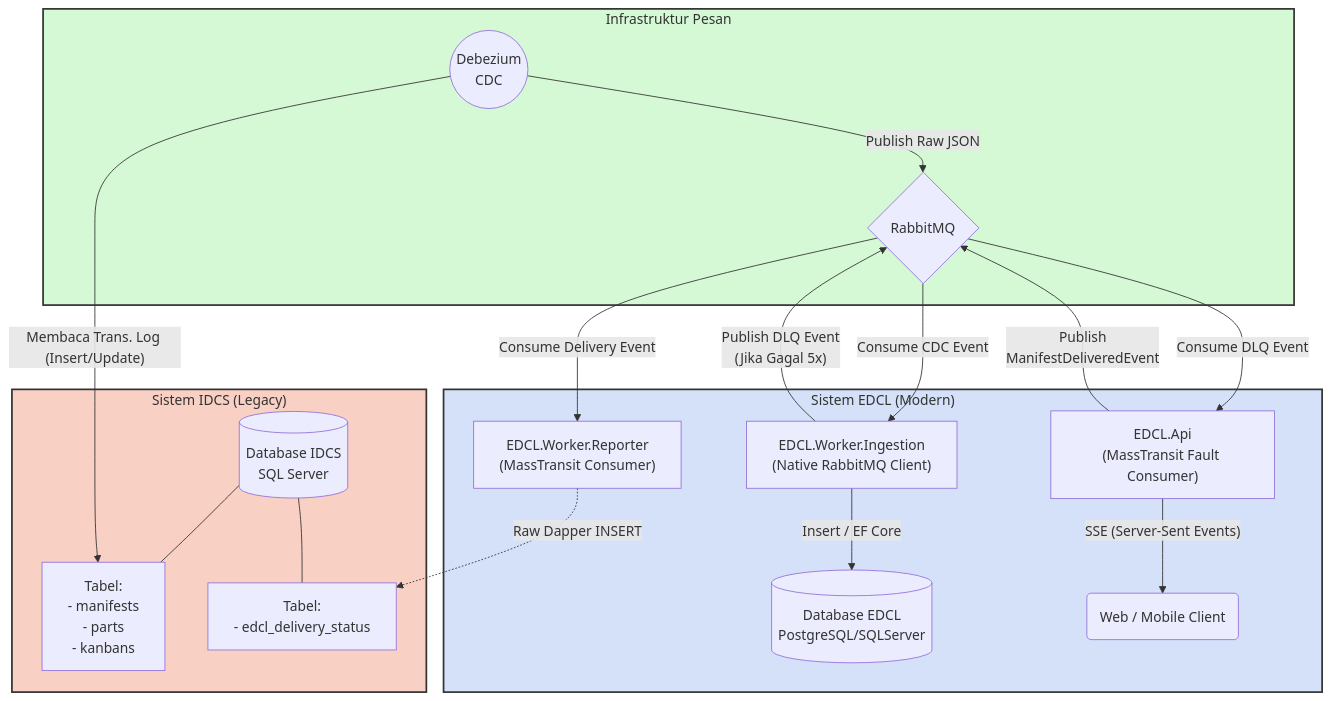
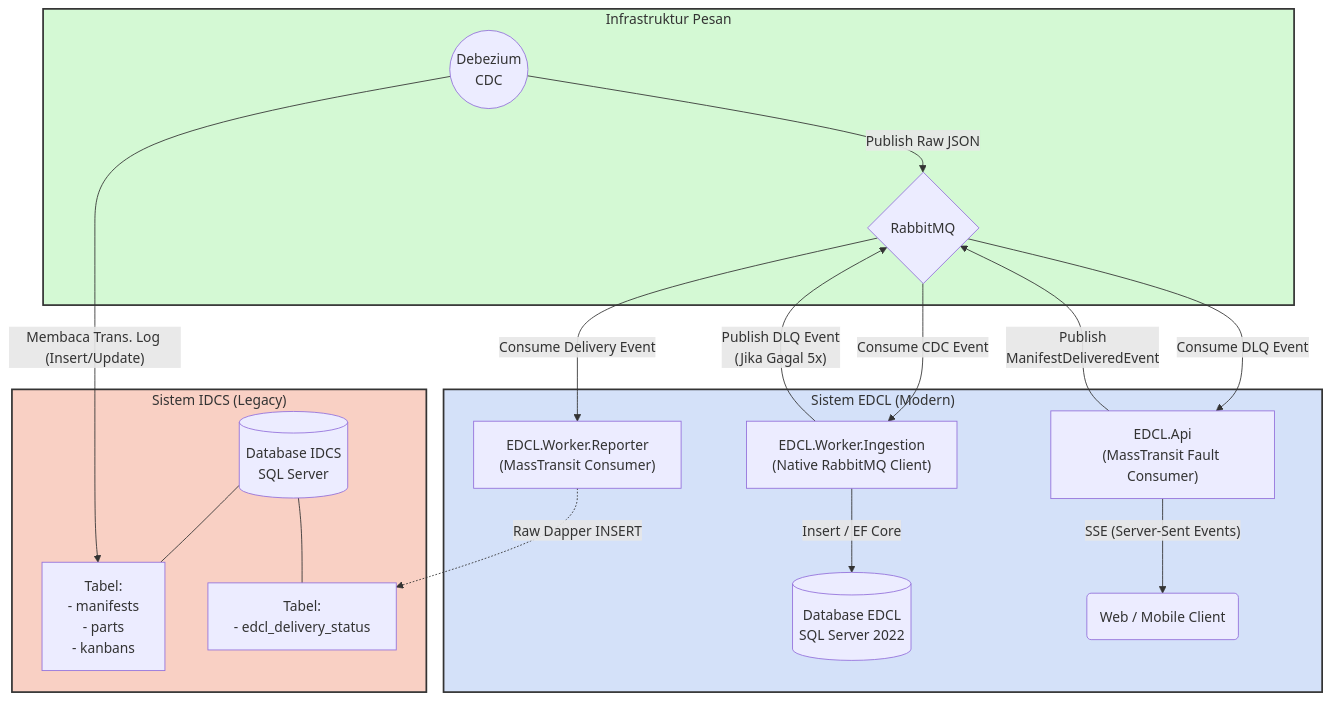
One commit to odealidj/minione-edcl-net changed the diagram in docs/architecture/idcs-edcl-integration.md. Above: the diagram before and after it, drawn with Mermaid. The commit also changed other lines of this file and 2 other files, not shown here.

Commit message:
docs: update architecture, port allocations, IDCS integration topology, and make commands reference

````diff
--- a/docs/architecture/idcs-edcl-integration.md
+++ b/docs/architecture/idcs-edcl-integration.md
@@ -11,61 +11,61 @@
 ```mermaid
 flowchart TD
     %% Define Styles
     classDef idcsSystem fill:#f9d0c4,stroke:#333,stroke-width:2px;
     classDef edclSystem fill:#d4e1f9,stroke:#333,stroke-width:2px;
     classDef broker fill:#d4f9d4,stroke:#333,stroke-width:2px;
 
     %% --------------------------------
     %% 1. IDCS BOUNDARY
     %% --------------------------------
     subgraph IDCS ["Sistem IDCS (Legacy)"]
         idcs_db[("Database IDCS\nSQL Server")]
         tbl_manifest["Tabel:\n- manifests\n- parts\n- kanbans"]
         tbl_delivery["Tabel:\n- edcl_delivery_status"]
         
         idcs_db --- tbl_manifest
         idcs_db --- tbl_delivery
     end
     class IDCS idcsSystem;
 
     %% --------------------------------
     %% 2. MESSAGE BROKER BOUNDARY
     %% --------------------------------
     subgraph Middleware ["Infrastruktur Pesan"]
         debezium(("Debezium\nCDC"))
         rabbitmq{"RabbitMQ"}
         
         debezium -- Membaca Trans. Log (Insert/Update) --> tbl_manifest
         debezium -- Publish Raw JSON --> rabbitmq
     end
     class Middleware broker;
 
     %% --------------------------------
     %% 3. EDCL BOUNDARY
     %% --------------------------------
     subgraph EDCL ["Sistem EDCL (Modern)"]
         worker_ingestion["EDCL.Worker.Ingestion\n(Native RabbitMQ Client)"]
         edcl_api["EDCL.Api\n(MassTransit Fault Consumer)"]
-        edcl_db[("Database EDCL\nPostgreSQL/SQLServer")]
+        edcl_db[("Database EDCL\nSQL Server 2022")]
         edcl_ui("Web / Mobile Client")
         
         worker_reporter["EDCL.Worker.Reporter\n(MassTransit Consumer)"]
         
         %% Ingestion Flow
         rabbitmq -- Consume CDC Event --> worker_ingestion
         worker_ingestion -- Insert / EF Core --> edcl_db
         worker_ingestion -- Publish DLQ Event\n(Jika Gagal 5x) --> rabbitmq
         rabbitmq -- Consume DLQ Event --> edcl_api
         edcl_api -- SSE (Server-Sent Events) --> edcl_ui
         
         %% Write-Back Flow
         edcl_api -- Publish\nManifestDeliveredEvent --> rabbitmq
         rabbitmq -- Consume Delivery Event --> worker_reporter
     end
     class EDCL edclSystem;
 
     %% --------------------------------
     %% WRITE-BACK CONNECTION
     %% --------------------------------
     worker_reporter -. "Raw Dapper INSERT" .-> tbl_delivery
 ```
````
